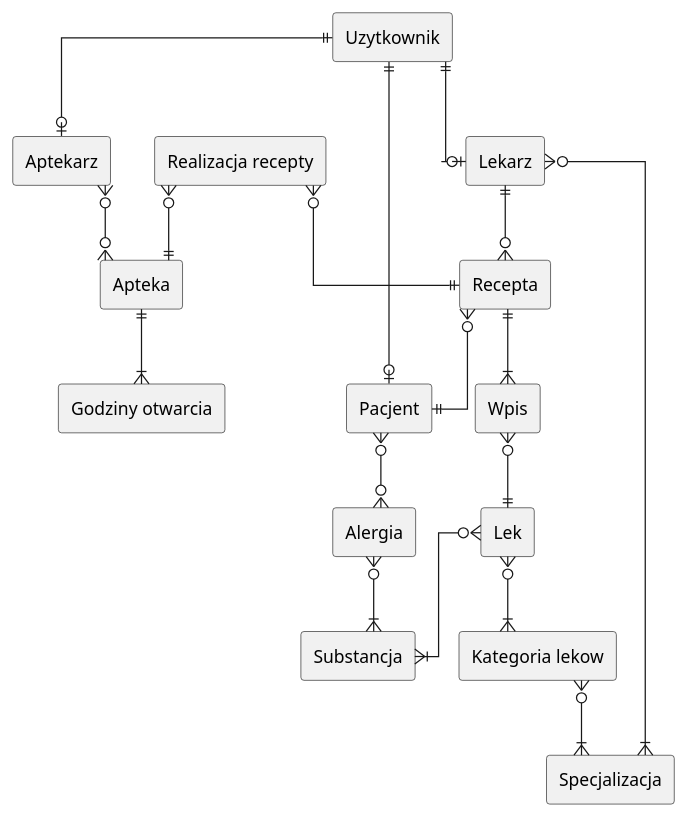
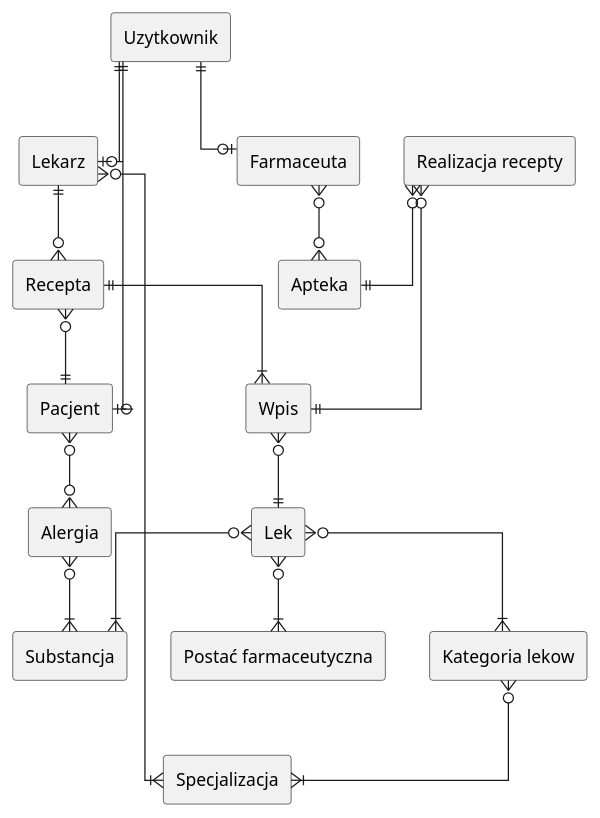
Before and after one commit to vburmus/database-design: the diagram in task-1/diagram.wsd, drawn with PlantUML. The commit also changed 6 other files, not shown here.

```diff
--- a/task-1/diagram.wsd
+++ b/task-1/diagram.wsd
@@ -1,67 +1,66 @@
 @startuml
 skinparam linetype ortho
 
 rectangle "Pacjent" as pacjent {
 }
 
 rectangle "Lekarz" as lekarz {
 }
 
 rectangle "Lek" as lek {
 }
 
 rectangle "Substancja" as substancja {
 }
 
 rectangle "Apteka" as apteka {
 }
 
-rectangle "Aptekarz" as aptekarz {
+rectangle "Farmaceuta" as aptekarz {
 }
 
 rectangle "Specjalizacja" as specjalizacja {
 }
 
 rectangle "Recepta" as recepta {
 }
 
 rectangle "Alergia" as alergia {
 }
 
 rectangle "Dawkowanie" as substancja {
 }
 
 rectangle "Uzytkownik" as użytkownik {
 }
 
-
-rectangle "Godziny otwarcia" as godziny_otwarcia {
-}
-
 rectangle "Kategoria lekow" as kategoria_lekow {
 }
 
 rectangle "Realizacja recepty" as realizacja_recepty{
 }
 
 rectangle "Wpis" as wpis{
+}
+
+rectangle "Postać farmaceutyczna" as postac_farmaceutyczna{
 }
 
 użytkownik ||--o| pacjent
 użytkownik ||--o| lekarz
 użytkownik ||--o| aptekarz
 lekarz }o--|{ specjalizacja
 kategoria_lekow}o--|{ specjalizacja
 pacjent }o--o{ alergia
 lekarz ||--o{ recepta
 recepta }o--|| pacjent
 recepta ||--|{ wpis
 wpis }o--|| lek
 lek }o--|{ substancja
 lek }o--|{ kategoria_lekow
-apteka ||--|{ godziny_otwarcia
 aptekarz }o--o{ apteka
 alergia }o--|{ substancja
-realizacja_recepty}o--||recepta
+realizacja_recepty}o--||wpis
 realizacja_recepty}o--||apteka
+lek }o--|{ postac_farmaceutyczna
 @enduml
```
